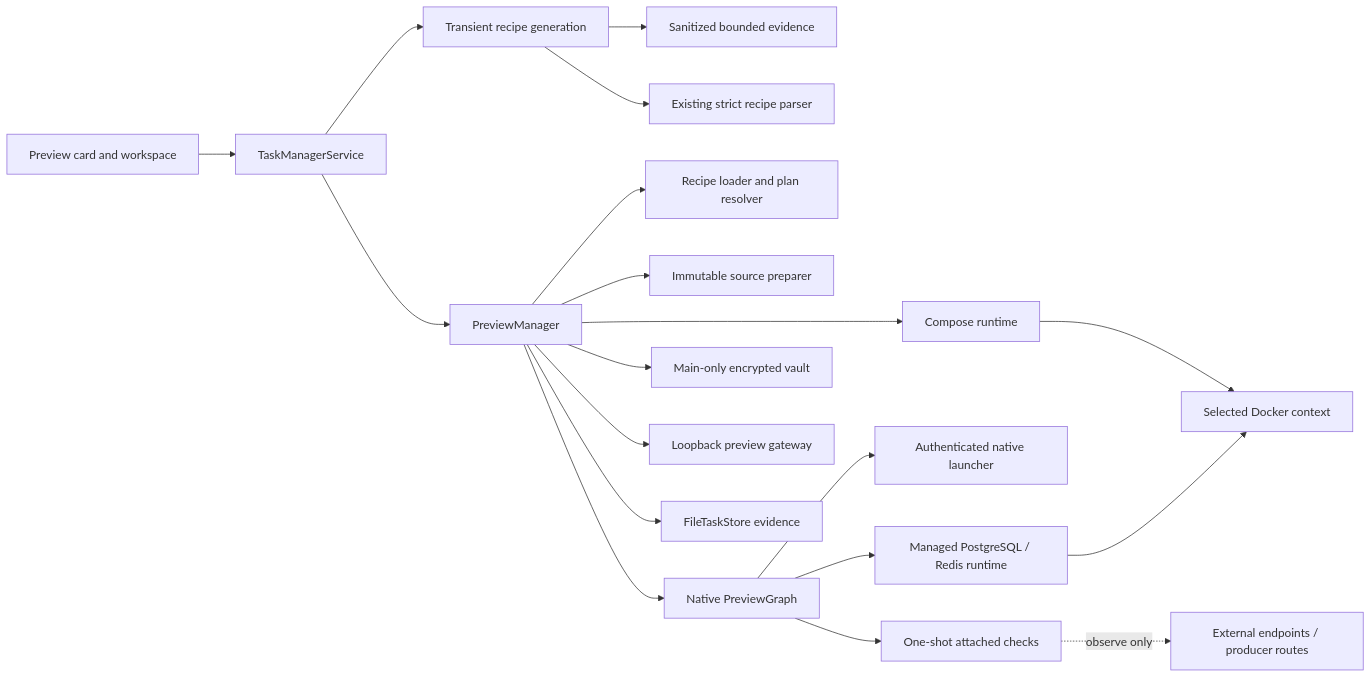
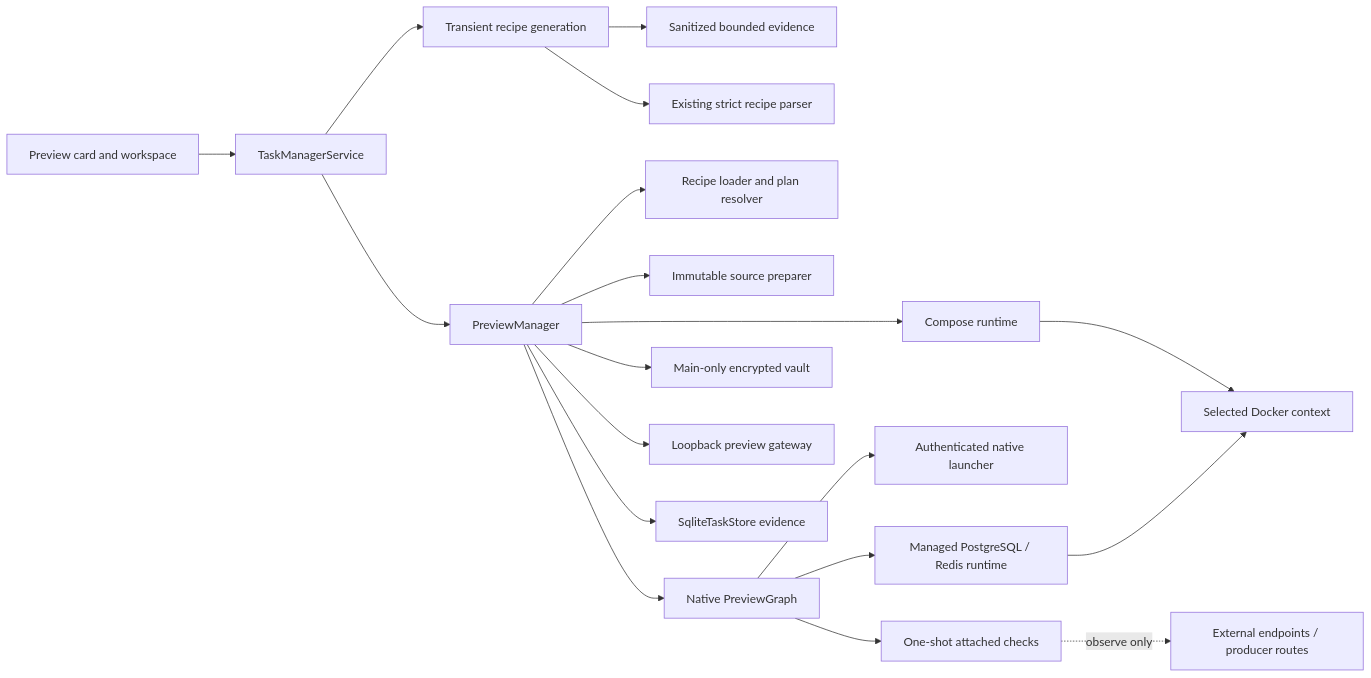
One commit to RojhatToptamus/task-monki changed the diagram in docs/architecture/PREVIEW_ARCHITECTURE.md. Above: the diagram before and after it, drawn with Mermaid. The commit also changed other lines of this file and 136 other files, not shown here.

````diff
--- a/docs/architecture/PREVIEW_ARCHITECTURE.md
+++ b/docs/architecture/PREVIEW_ARCHITECTURE.md
@@ -62,21 +62,21 @@
 ```mermaid
 flowchart LR
   UI["Preview card and workspace"] --> Service["TaskManagerService"]
   Service --> Draft["Transient recipe generation"]
   Draft --> Evidence["Sanitized bounded evidence"]
   Draft --> Parser["Existing strict recipe parser"]
   Service --> Manager["PreviewManager"]
   Manager --> Recipe["Recipe loader and plan resolver"]
   Manager --> Source["Immutable source preparer"]
   Manager --> Graph["Native PreviewGraph"]
   Manager --> Compose["Compose runtime"]
   Manager --> Vault["Main-only encrypted vault"]
   Graph --> Native["Authenticated native launcher"]
   Graph --> Managed["Managed PostgreSQL / Redis runtime"]
   Graph --> Attached["One-shot attached checks"]
   Manager --> Gateway["Loopback preview gateway"]
-  Manager --> Store["FileTaskStore evidence"]
+  Manager --> Store["SqliteTaskStore evidence"]
   Compose --> Engine["Selected Docker context"]
   Managed --> Engine
   Attached -. "observe only" .-> External["External endpoints / producer routes"]
 ```
````
